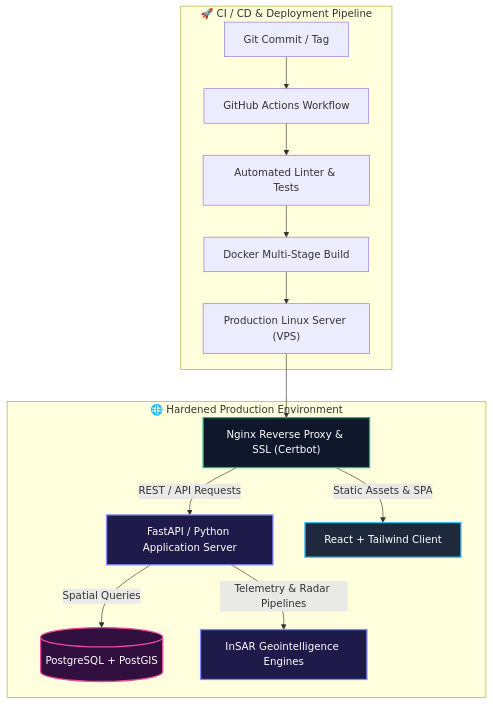
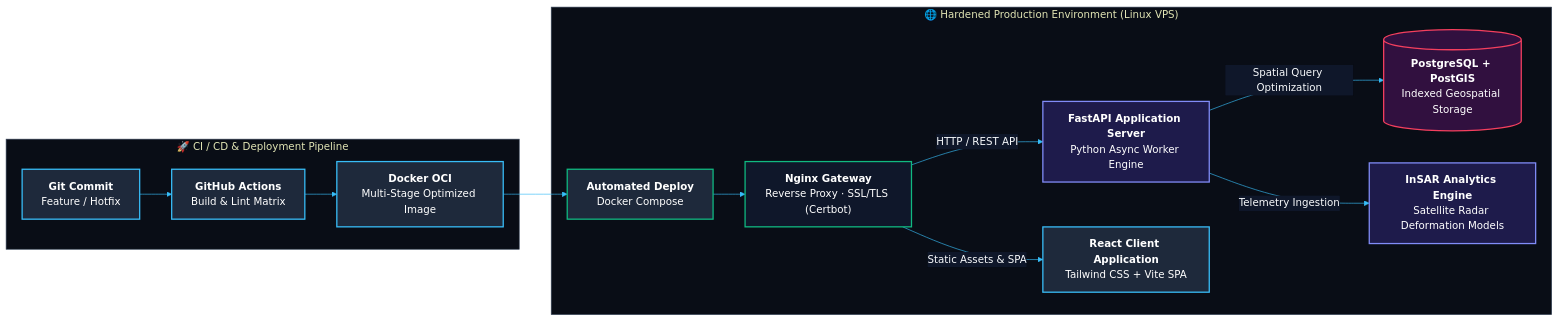
The diagram in README.md (hxcdevnull/hxcdevnull), drawn with Mermaid before and after one commit. The commit also changed other lines of this file, not shown here.

Commit message:
style: fix mermaid high-contrast colors and layout polish

````diff
--- a/README.md
+++ b/README.md
@@ -65,24 +62,29 @@
 ```mermaid
-flowchart TD
-    classDef client fill:#1E293B,stroke:#38BDF8,stroke-width:2px,color:#fff;
-    classDef proxy fill:#0F172A,stroke:#10B981,stroke-width:2px,color:#fff;
-    classDef backend fill:#1E1B4B,stroke:#818CF8,stroke-width:2px,color:#fff;
-    classDef data fill:#31103F,stroke:#EC4899,stroke-width:2px,color:#fff;
-
-    subgraph CI_CD["🚀 CI / CD & Deployment Pipeline"]
-        Git["Git Commit / Tag"] --> GH["GitHub Actions Workflow"]
-        GH --> Test["Automated Linter & Tests"]
-        Test --> Build["Docker Multi-Stage Build"]
-        Build --> Deploy["Production Linux Server (VPS)"]
+%%{init: {'theme': 'base', 'themeVariables': { 'darkMode': true, 'primaryColor': '#1e293b', 'primaryTextColor': '#f8fafc', 'primaryBorderColor': '#38bdf8', 'lineColor': '#38bdf8', 'secondaryColor': '#0f172a', 'tertiaryColor': '#1e1b4b', 'clusterBkg': '#090d16', 'clusterBorder': '#334155', 'edgeLabelBackground': '#0f172a', 'nodeBorder': '#38bdf8'}}}%%
+flowchart LR
+    subgraph CI["🚀 CI / CD & Deployment Pipeline"]
+        Git["<b>Git Commit</b><br/>Feature / Hotfix"] --> GH["<b>GitHub Actions</b><br/>Build & Lint Matrix"]
+        GH --> Build["<b>Docker OCI</b><br/>Multi-Stage Optimized Image"]
     end
 
-    subgraph PROD["🌐 Hardened Production Environment"]
-        Deploy --> Nginx["Nginx Reverse Proxy & SSL (Certbot)"]:::proxy
+    subgraph PROD["🌐 Hardened Production Environment (Linux VPS)"]
+        Build --> Deploy["<b>Automated Deploy</b><br/>Docker Compose"]
+        Deploy --> Nginx["<b>Nginx Gateway</b><br/>Reverse Proxy · SSL/TLS (Certbot)"]
         
-        Nginx -->|"REST / API Requests"| API["FastAPI / Python Application Server"]:::backend
-        Nginx -->|"Static Assets & SPA"| UI["React + Tailwind Client"]:::client
+        Nginx -->|"HTTP / REST API"| API["<b>FastAPI Application Server</b><br/>Python Async Worker Engine"]
+        Nginx -->|"Static Assets & SPA"| UI["<b>React Client Application</b><br/>Tailwind CSS + Vite SPA"]
         
-        API -->|"Spatial Queries"| DB[("PostgreSQL + PostGIS")]:::data
-        API -->|"Telemetry & Radar Pipelines"| Engines["InSAR Geointelligence Engines"]:::backend
+        API -->|"Spatial Query Optimization"| DB[("<b>PostgreSQL + PostGIS</b><br/>Indexed Geospatial Storage")]
+        API -->|"Telemetry Ingestion"| Engine["<b>InSAR Analytics Engine</b><br/>Satellite Radar Deformation Models"]
     end
+
+    style Git fill:#1e293b,stroke:#38bdf8,stroke-width:2px,color:#ffffff
+    style GH fill:#1e293b,stroke:#38bdf8,stroke-width:2px,color:#ffffff
+    style Build fill:#1e293b,stroke:#38bdf8,stroke-width:2px,color:#ffffff
+    style Deploy fill:#1e293b,stroke:#10b981,stroke-width:2px,color:#ffffff
+    style Nginx fill:#0f172a,stroke:#10b981,stroke-width:2px,color:#ffffff
+    style API fill:#1e1b4b,stroke:#818cf8,stroke-width:2px,color:#ffffff
+    style UI fill:#1e293b,stroke:#38bdf8,stroke-width:2px,color:#ffffff
+    style DB fill:#31103f,stroke:#f43f5e,stroke-width:2px,color:#ffffff
+    style Engine fill:#1e1b4b,stroke:#818cf8,stroke-width:2px,color:#ffffff
 ```
````
